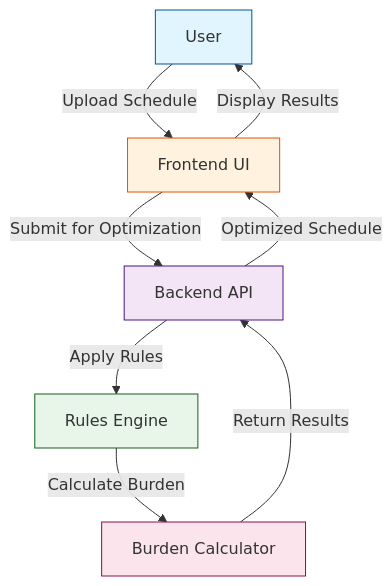
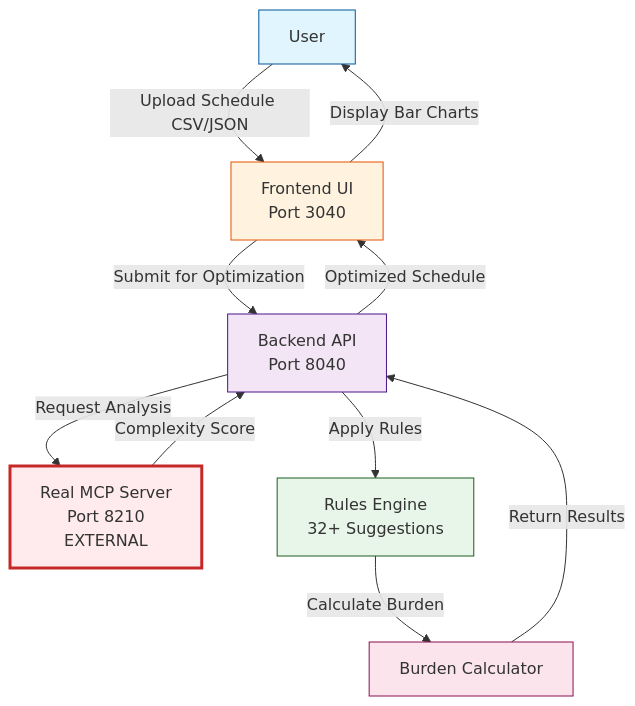
The diagram in frontend/public/diagrams/data-flow-simple.mmd (sagearbor/schedule-assessments-optimizer), drawn with Mermaid before and after one commit. The commit also changed 14 other files, not shown here.

First line of the commit message:
Integrate real MCP server and update documentation

```diff
--- a/frontend/public/diagrams/data-flow-simple.mmd
+++ b/frontend/public/diagrams/data-flow-simple.mmd
@@ -1,14 +1,17 @@
 graph TD
-    A[User] -->|Upload Schedule| B[Frontend UI]
-    B -->|Submit for Optimization| C[Backend API]
-    C -->|Apply Rules| D[Rules Engine]
+    A[User] -->|Upload Schedule CSV/JSON| B[Frontend UI<br/>Port 3040]
+    B -->|Submit for Optimization| C[Backend API<br/>Port 8040]
+    C -->|Request Analysis| M[Real MCP Server<br/>Port 8210<br/>EXTERNAL]
+    M -->|Complexity Score| C
+    C -->|Apply Rules| D[Rules Engine<br/>32+ Suggestions]
     D -->|Calculate Burden| E[Burden Calculator]
     E -->|Return Results| C
     C -->|Optimized Schedule| B
-    B -->|Display Results| A
-    
+    B -->|Display Bar Charts| A
+
     style A fill:#e1f5fe,stroke:#01579b
     style B fill:#fff3e0,stroke:#e65100
     style C fill:#f3e5f5,stroke:#4a148c
     style D fill:#e8f5e9,stroke:#1b5e20
     style E fill:#fce4ec,stroke:#880e4f
+    style M fill:#ffebee,stroke:#c62828,stroke-width:3px
```
